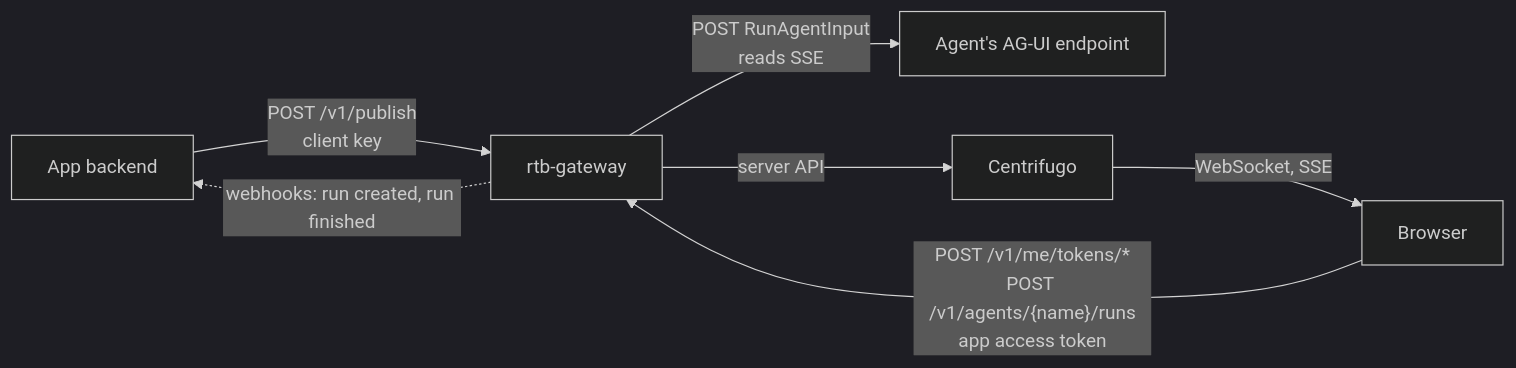
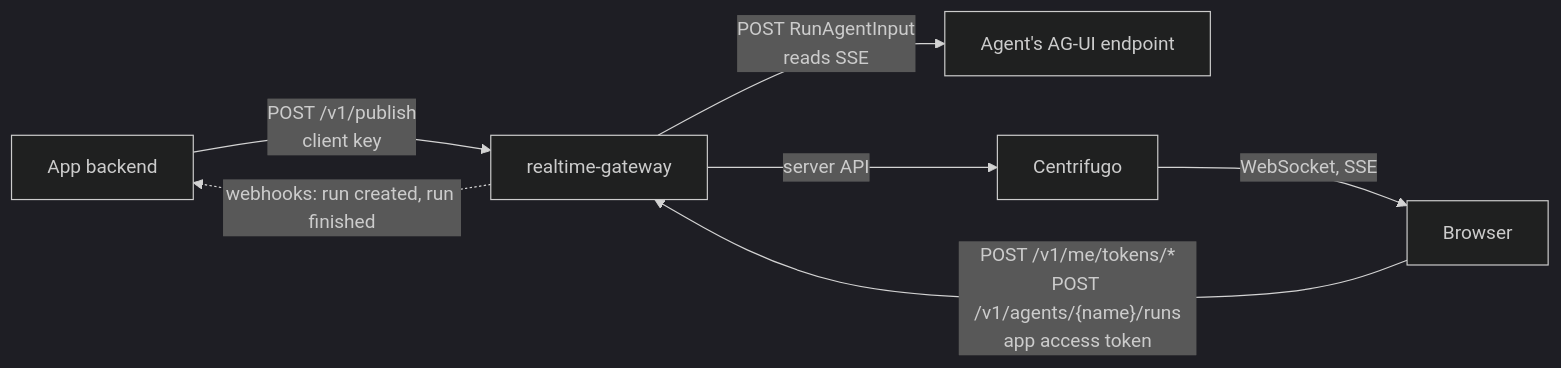
Before and after one commit to mjczone/realtime-backbone: the diagram in gateway/README.md, drawn with Mermaid (dark theme). The commit also changed other lines of this file and 224 other files, not shown here.

````diff
--- a/gateway/README.md
+++ b/gateway/README.md
@@ -13,9 +13,9 @@
 ```mermaid
 flowchart LR
-  app["App backend"] -- "POST /v1/publish<br/>client key" --> gw["rtb-gateway"]
+  app["App backend"] -- "POST /v1/publish<br/>client key" --> gw["realtime-gateway"]
   web["Browser"] -- "POST /v1/me/tokens/*<br/>POST /v1/agents/{name}/runs<br/>app access token" --> gw
   gw -- "POST RunAgentInput<br/>reads SSE" --> agent["Agent's AG-UI endpoint"]
   gw -- "server API" --> cf["Centrifugo"]
   gw -. "webhooks: run created, run finished" .-> app
   cf -- "WebSocket, SSE" --> web
 ```
````
